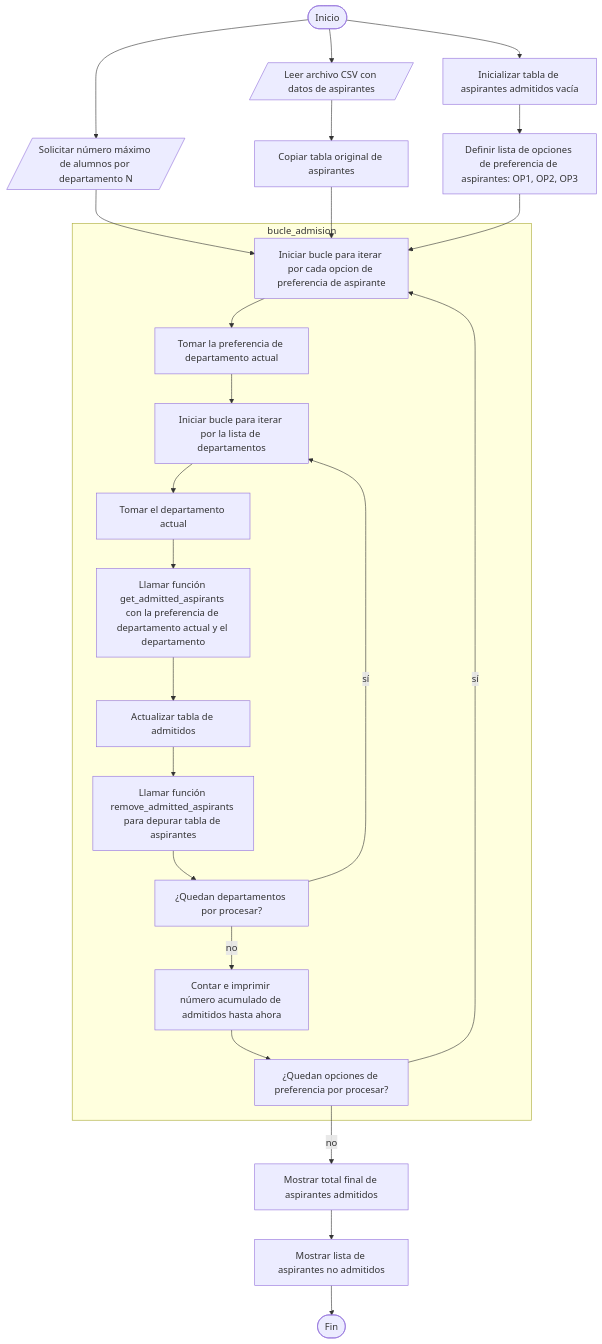
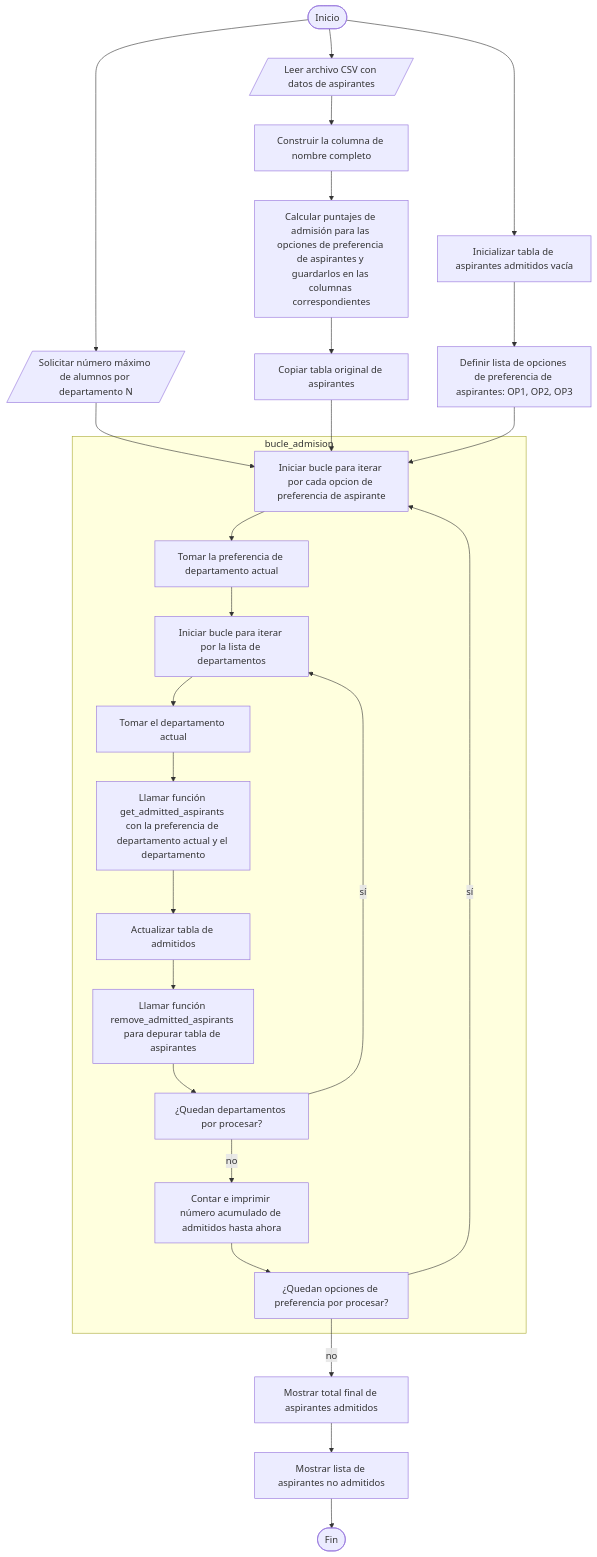
One commit to vshalisko/PythonIntro changed the diagram in Unidad_3/Proyecto_3_algoritmo.mermaid. Above: the diagram before and after it, drawn with Mermaid.

```diff
--- a/Unidad_3/Proyecto_3_algoritmo.mermaid
+++ b/Unidad_3/Proyecto_3_algoritmo.mermaid
@@ -1,26 +1,28 @@
 flowchart TD
 
 A([Inicio]) --> B[/Leer archivo CSV con datos de aspirantes/]
 A --> C[/Solicitar número máximo de alumnos por departamento N/]
 A --> D[Inicializar tabla de aspirantes admitidos vacía]
-B --> E[Copiar tabla original de aspirantes]
+B --> B1[Construir la columna de nombre completo]
+B1 --> B2[Calcular puntajes de admisión para las opciones de preferencia de aspirantes y guardarlos en las columnas correspondientes]
+B2 --> E[Copiar tabla original de aspirantes]
 D --> F[Definir lista de opciones de preferencia de aspirantes: OP1, OP2, OP3]
 C --> G
 E --> G
 F --> G
 subgraph bucle_admision
 G[Iniciar bucle para iterar por cada opcion de preferencia de aspirante] --> H[Tomar la preferencia de departamento actual]
 H --> I[Iniciar bucle para iterar por la lista de departamentos]
 I --> J[Tomar el departamento actual]
 J --> K[Llamar función get_admitted_aspirants con la preferencia de departamento actual y el departamento]
 K --> L[Actualizar tabla de admitidos]
 L --> M[Llamar función remove_admitted_aspirants para depurar tabla de aspirantes]
 M --> N[¿Quedan departamentos por procesar?]
 N -- sí --> I
 N -- no --> O[Contar e imprimir número acumulado de admitidos hasta ahora]
 O --> P[¿Quedan opciones de preferencia por procesar?]
 P -- sí --> G
 end
 P -- no --> Q[Mostrar total final de aspirantes admitidos]
 Q --> R[Mostrar lista de aspirantes no admitidos]
 R --> S([Fin])
```
